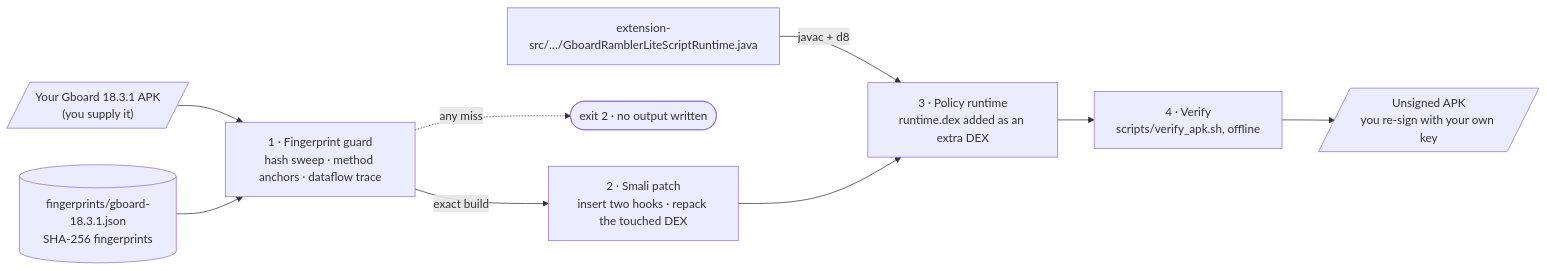
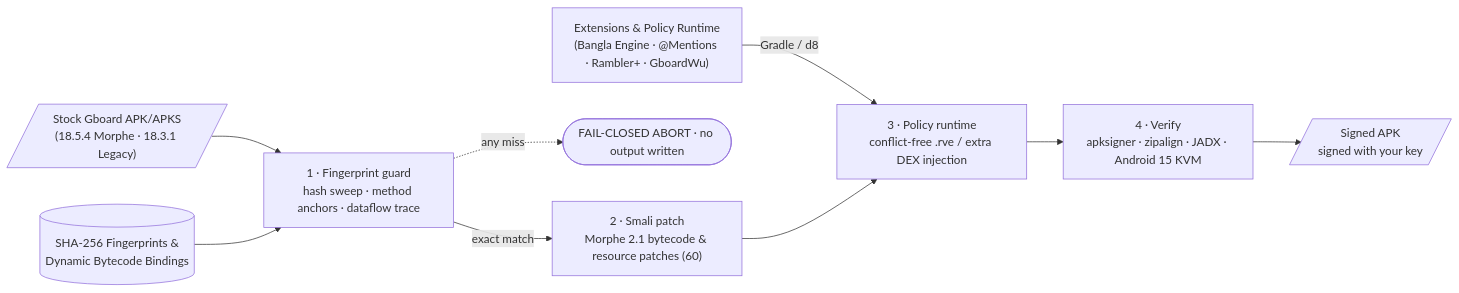
One commit to rushiforai/morphe-archive changed the diagram in examplepatches/muhib-karim/Rambler-Bangla/README.md. Above: the diagram before and after it, drawn with Mermaid. The commit also changed other lines of this file and 11066 other files, not shown here.

````diff
--- a/examplepatches/muhib-karim/Rambler-Bangla/README.md
+++ b/examplepatches/muhib-karim/Rambler-Bangla/README.md
@@ -331,12 +348,12 @@
 ```mermaid
 flowchart LR
-    APK[/"Your Gboard 18.3.1 APK<br/>(you supply it)"/] --> G
-    PROF[("fingerprints/gboard-18.3.1.json<br/>SHA-256 fingerprints")] --> G
+    APK[/"Stock Gboard APK/APKS<br/>(18.5.4 Morphe · 18.3.1 Legacy)"/] --> G
+    PROF[("SHA-256 Fingerprints &amp;<br/>Dynamic Bytecode Bindings")] --> G
     G["1 · Fingerprint guard<br/>hash sweep · method anchors · dataflow trace"]
-    G -->|exact build| P["2 · Smali patch<br/>insert two hooks · repack the touched DEX"]
-    G -. any miss .-> STOP(["exit 2 · no output written"])
-    JAVA["extension-src/…/GboardRamblerLiteScriptRuntime.java"] -->|javac + d8| R
-    P --> R["3 · Policy runtime<br/>runtime.dex added as an extra DEX"]
-    R --> V["4 · Verify<br/>scripts/verify_apk.sh, offline"]
-    V --> OUT[/"Unsigned APK<br/>you re-sign with your own key"/]
+    G -->|exact match| P["2 · Smali patch<br/>Morphe 2.1 bytecode &amp; resource patches (60)"]
+    G -. any miss .-> STOP(["FAIL-CLOSED ABORT · no output written"])
+    JAVA["Extensions &amp; Policy Runtime<br/>(Bangla Engine · @Mentions · Rambler+ · GboardWu)"] -->|Gradle / d8| R
+    P --> R["3 · Policy runtime<br/>conflict-free .rve / extra DEX injection"]
+    R --> V["4 · Verify<br/>apksigner · zipalign · JADX · Android 15 KVM"]
+    V --> OUT[/"Signed APK<br/>signed with your key"/]
 ```
````
